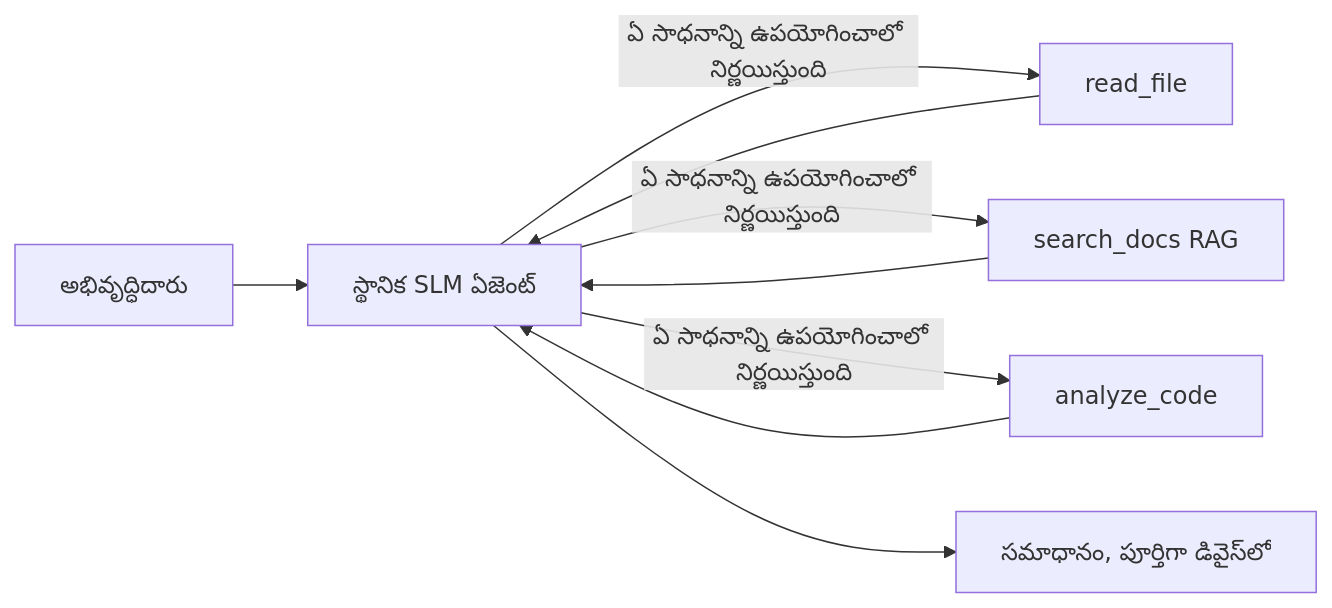
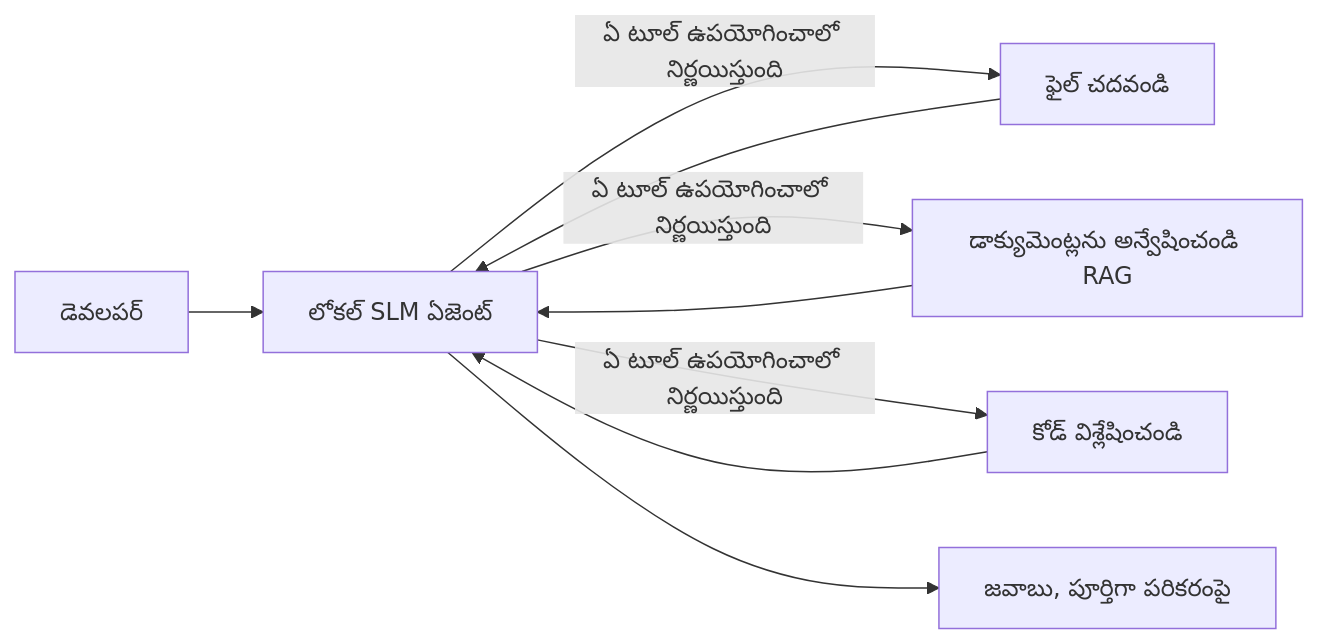
One commit to gabrielmoreira/agent-skills-mirror changed the first of 4 diagrams in mirrors/repos/microsoft@ai-agents-for-beginners/translations/te/17-creating-local-ai-agents/README.md. Above: the diagram before and after it, drawn with Mermaid. The commit also changed other lines of this file and 4262 other files, not shown here.

````diff
--- a/mirrors/repos/microsoft@ai-agents-for-beginners/translations/te/17-creating-local-ai-agents/README.md
+++ b/mirrors/repos/microsoft@ai-agents-for-beginners/translations/te/17-creating-local-ai-agents/README.md
@@ -66,11 +66,11 @@
 ```mermaid
 flowchart LR
-    U[అభివృద్ధిదారు] --> A[స్థానిక SLM ఏజెంట్]
-    A -->|ఏ సాధనాన్ని ఉపయోగించాలో నిర్ణయిస్తుంది| T1[read_file]
-    A -->|ఏ సాధనాన్ని ఉపయోగించాలో నిర్ణయిస్తుంది| T2[search_docs RAG]
-    A -->|ఏ సాధనాన్ని ఉపయోగించాలో నిర్ణయిస్తుంది| T3[analyze_code]
+    U[డెవలపర్] --> A[లోకల్ SLM ఏజెంట్]
+    A -->|ఏ టూల్ ఉపయోగించాలో నిర్ణయిస్తుంది| T1[ఫైల్ చదవండి]
+    A -->|ఏ టూల్ ఉపయోగించాలో నిర్ణయిస్తుంది| T2[డాక్యుమెంట్లను అన్వేషించండి RAG]
+    A -->|ఏ టూల్ ఉపయోగించాలో నిర్ణయిస్తుంది| T3[కోడ్ విశ్లేషించండి]
     T1 --> A
     T2 --> A
     T3 --> A
-    A --> R[సమాధానం, పూర్తిగా డివైస్‌లో]
+    A --> R[జవాబు, పూర్తిగా పరికరంపై]
 ```
````
